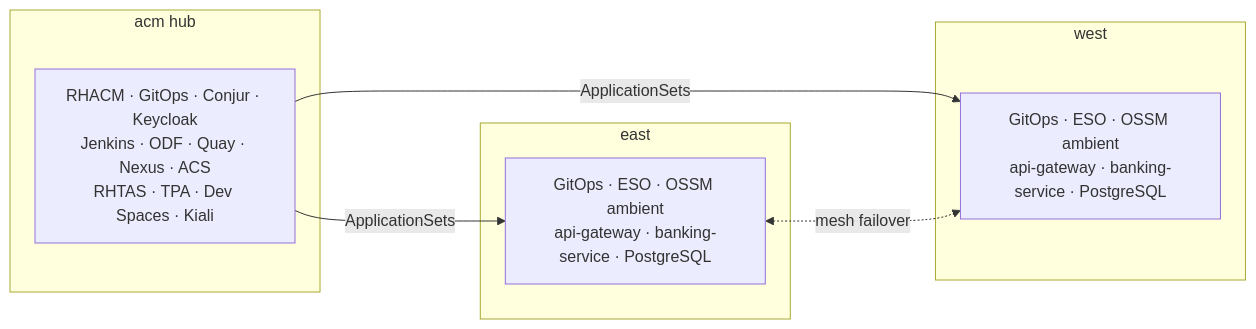
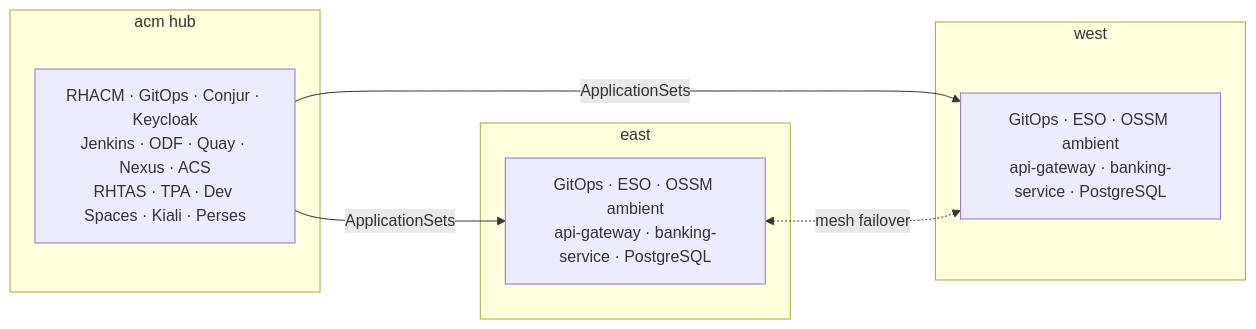
Before and after one commit to panchoraposo/demo-spring: the first of 4 diagrams in docs/architecture.md, drawn with Mermaid. The commit also changed other lines of this file and 21 other files, not shown here.

````diff
--- a/docs/architecture.md
+++ b/docs/architecture.md
@@ -25,15 +25,15 @@
 ```mermaid
 flowchart LR
   subgraph acm ["acm hub"]
-    HubSvc["RHACM · GitOps · Conjur · Keycloak<br/>Jenkins · ODF · Quay · Nexus · ACS<br/>RHTAS · TPA · Dev Spaces · Kiali"]
+    HubSvc["RHACM · GitOps · Conjur · Keycloak<br/>Jenkins · ODF · Quay · Nexus · ACS<br/>RHTAS · TPA · Dev Spaces · Kiali · Perses"]
   end
   subgraph east ["east"]
     EastSvc["GitOps · ESO · OSSM ambient<br/>api-gateway · banking-service · PostgreSQL"]
   end
   subgraph west ["west"]
     WestSvc["GitOps · ESO · OSSM ambient<br/>api-gateway · banking-service · PostgreSQL"]
   end
   HubSvc -->|ApplicationSets| EastSvc
   HubSvc -->|ApplicationSets| WestSvc
   EastSvc <-.->|mesh failover| WestSvc
 ```
````
